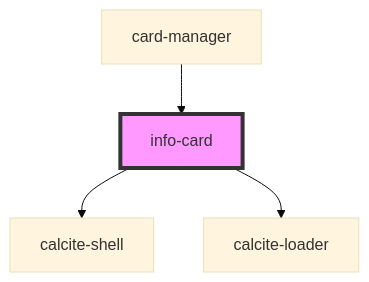
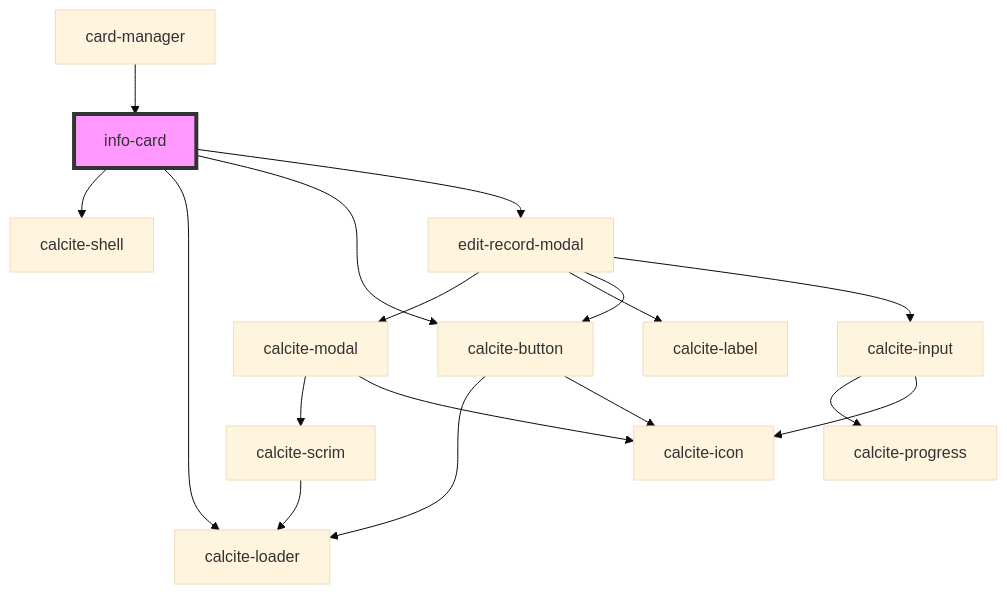
The diagram in src/components/info-card/readme.md (Esri/solutions-components), drawn with Mermaid (base theme) before and after one commit. The commit also changed other lines of this file and 9 other files, not shown here.

Commit message:
add edit button

````diff
--- a/src/components/info-card/readme.md
+++ b/src/components/info-card/readme.md
@@ -29,7 +31,20 @@
 ```mermaid
 graph TD;
   info-card --> calcite-shell
   info-card --> calcite-loader
+  info-card --> calcite-button
+  info-card --> edit-record-modal
+  calcite-button --> calcite-loader
+  calcite-button --> calcite-icon
+  edit-record-modal --> calcite-modal
+  edit-record-modal --> calcite-label
+  edit-record-modal --> calcite-button
+  edit-record-modal --> calcite-input
+  calcite-modal --> calcite-scrim
+  calcite-modal --> calcite-icon
+  calcite-scrim --> calcite-loader
+  calcite-input --> calcite-progress
+  calcite-input --> calcite-icon
   card-manager --> info-card
   style info-card fill:#f9f,stroke:#333,stroke-width:4px
 ```
````
